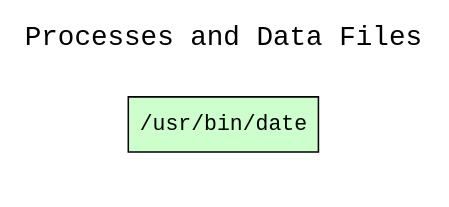
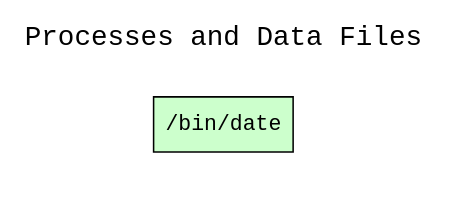
One commit to CIRSS/cpr-demo-2021 changed the diagram in examples/01-xsb-examples/01-date-cmd/graphs.d/cpr_processes_and_data_files.dot. Above: the diagram before and after it, drawn with Graphviz. The commit also changed 69 other files, not shown here.

```diff
--- a/examples/01-xsb-examples/01-date-cmd/graphs.d/cpr_processes_and_data_files.dot
+++ b/examples/01-xsb-examples/01-date-cmd/graphs.d/cpr_processes_and_data_files.dot
@@ -1,12 +1,12 @@
 
 digraph cpr_run {
 rankdir=LR
 fontname=Courier; fontsize=18; labelloc=t
 label="Processes and Data Files"
 subgraph cluster_inputs { label=""; color=white; penwidth=0
 subgraph cluster_inputs_inner { label=""; color=white
 node[shape=box style="filled" fillcolor="#CCFFCC" peripheries=1 fontname=Courier]
-"exe:e2" [label="/usr/bin/date"]
+"exe:e2" [label="/bin/date"]
 node[shape=box style="rounded,filled" fillcolor="#FFFFCC" peripheries=1 fontname=Helvetica]
 }}
 }
```
